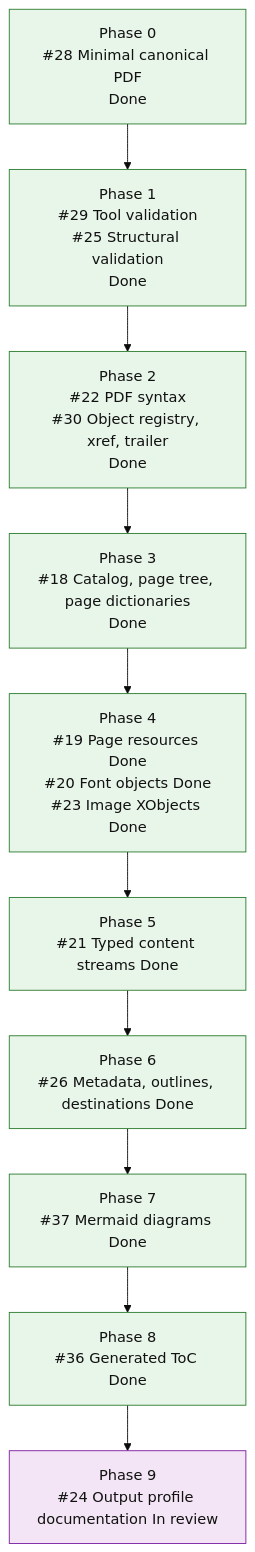
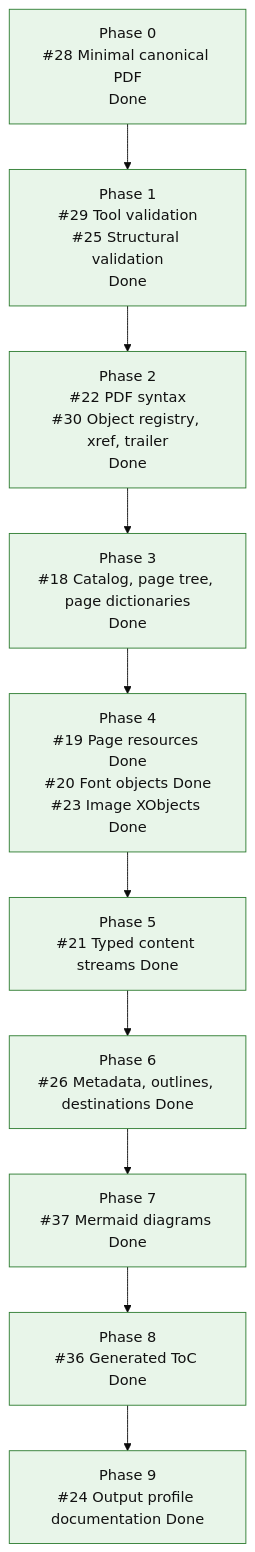
One commit to mihaelamj/MarkdownPDF changed the diagram in README.md. Above: the diagram before and after it, drawn with Mermaid (base theme).

Commit message:
docs(roadmap): mark canonical pdf epic done

````diff
--- a/README.md
+++ b/README.md
@@ -138,23 +138,23 @@
 ```mermaid
 flowchart TD
     P0["Phase 0<br/>#28 Minimal canonical PDF<br/>Done"]
     P1["Phase 1<br/>#29 Tool validation<br/>#25 Structural validation<br/>Done"]
     P2["Phase 2<br/>#22 PDF syntax<br/>#30 Object registry, xref, trailer<br/>Done"]
     P3["Phase 3<br/>#18 Catalog, page tree, page dictionaries<br/>Done"]
     P4["Phase 4<br/>#19 Page resources Done<br/>#20 Font objects Done<br/>#23 Image XObjects Done"]
     P5["Phase 5<br/>#21 Typed content streams Done"]
     P6["Phase 6<br/>#26 Metadata, outlines, destinations Done"]
     P7["Phase 7<br/>#37 Mermaid diagrams Done"]
     P8["Phase 8<br/>#36 Generated ToC Done"]
-    P9["Phase 9<br/>#24 Output profile documentation In review"]
+    P9["Phase 9<br/>#24 Output profile documentation Done"]
 
     P0 --> P1 --> P2 --> P3 --> P4 --> P5 --> P6 --> P7 --> P8 --> P9
 
     classDef done fill:#e8f5e9,stroke:#2e7d32,color:#111;
     classDef active fill:#e3f2fd,stroke:#1565c0,color:#111;
     classDef review fill:#f3e5f5,stroke:#7b1fa2,color:#111;
     classDef next fill:#fff8e1,stroke:#f9a825,color:#111;
     classDef todo fill:#eef3ff,stroke:#3367d6,color:#111;
     class P0,P1,P2,P3,P4,P5,P6,P7,P8 done;
-    class P9 review;
+    class P9 done;
 ```
````
